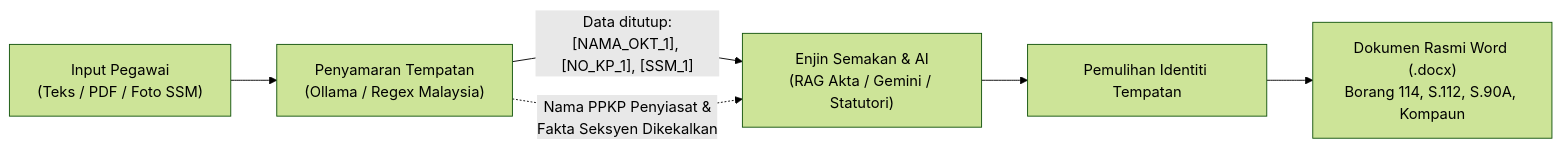
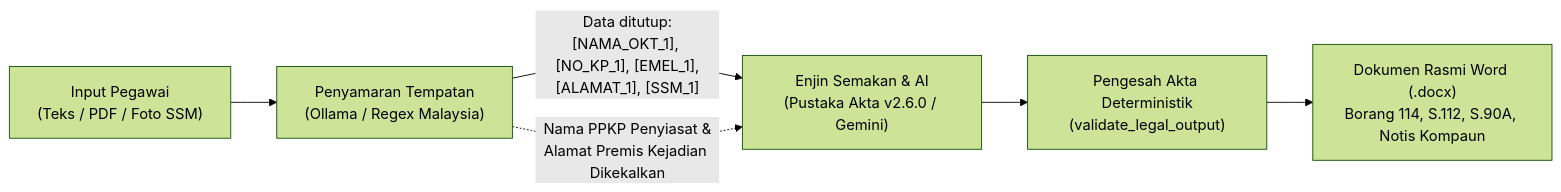
Before and after one commit to syrzy-wna/i-uip-pkdkn: the diagram in README.md, drawn with Mermaid (forest theme). The commit also changed other lines of this file, not shown here.

````diff
--- a/README.md
+++ b/README.md
@@ -66,8 +69,8 @@
 ```mermaid
 flowchart LR
     A["Input Pegawai<br/>(Teks / PDF / Foto SSM)"] --> B["Penyamaran Tempatan<br/>(Ollama / Regex Malaysia)"]
-    B -->|"Data ditutup:<br/>[NAMA_OKT_1], [NO_KP_1], [SSM_1]"| C["Enjin Semakan & AI<br/>(RAG Akta / Gemini / Statutori)"]
-    B -.->|"Nama PPKP Penyiasat &<br/>Fakta Seksyen Dikekalkan"| C
-    C --> D["Pemulihan Identiti Tempatan"]
-    D --> E["Dokumen Rasmi Word (.docx)<br/>Borang 114, S.112, S.90A, Kompaun"]
+    B -->|"Data ditutup:<br/>[NAMA_OKT_1], [NO_KP_1], [EMEL_1],<br/>[ALAMAT_1], [SSM_1]"| C["Enjin Semakan & AI<br/>(Pustaka Akta v2.6.0 / Gemini)"]
+    B -.->|"Nama PPKP Penyiasat &<br/>Alamat Premis Kejadian Dikekalkan"| C
+    C --> D["Pengesah Akta Deterministik<br/>(validate_legal_output)"]
+    D --> E["Dokumen Rasmi Word (.docx)<br/>Borang 114, S.112, S.90A, Notis Kompaun"]
 ```
````
